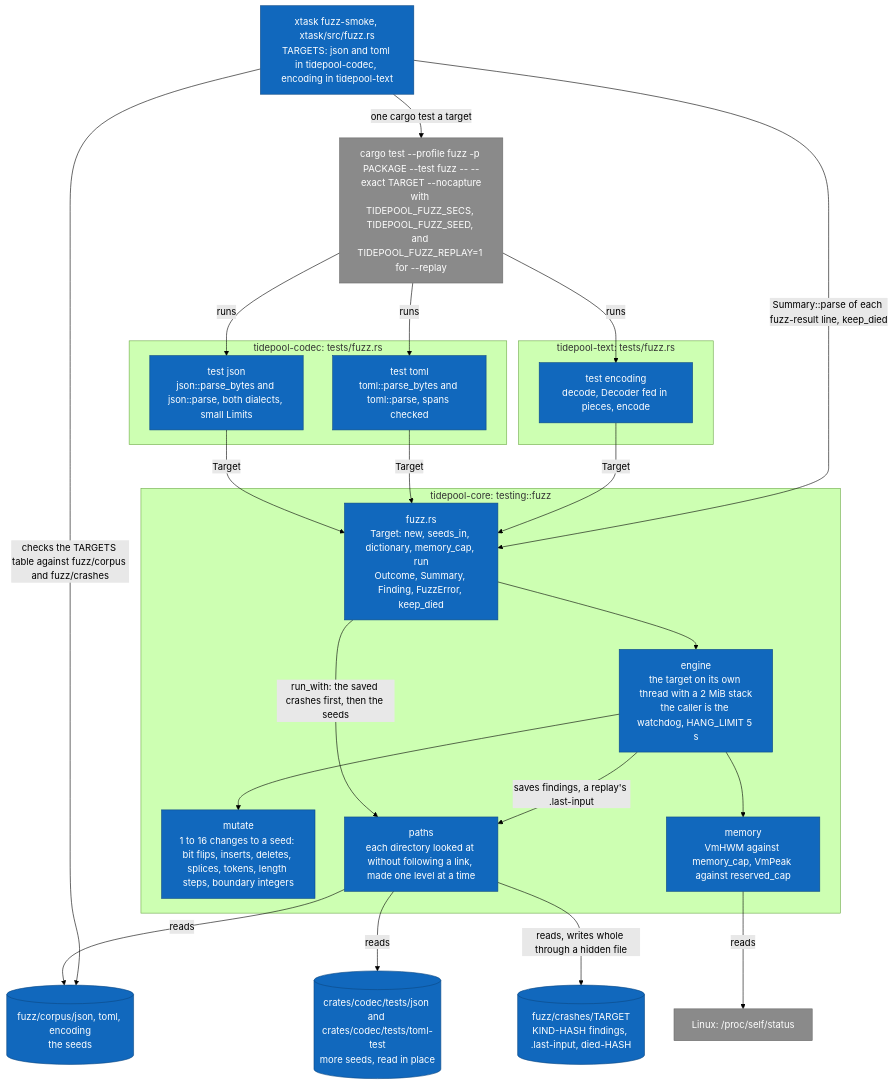
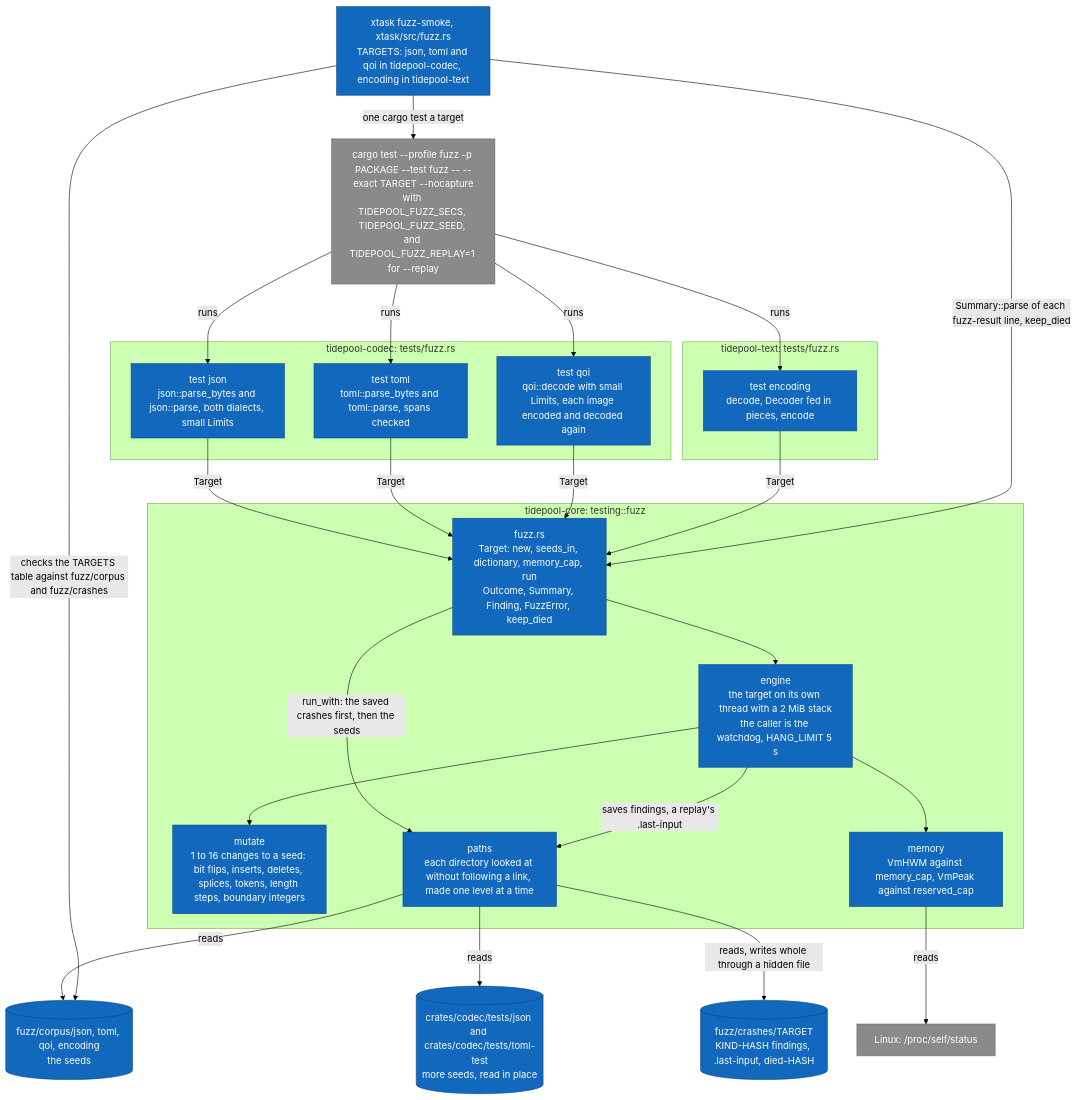
Before and after one commit to jabbott-iii/Tidepool: diagram 15 of 17 in diagrams/c4-architecture.md, drawn with Mermaid (forest theme). The commit also changed other lines of this file and 67 other files, not shown here.

First line of the commit message:
codec, gfx, xtask: QOI, the golden harness and gfx goldens (M2.4)

````diff
--- a/diagrams/c4-architecture.md
+++ b/diagrams/c4-architecture.md
@@ -778,49 +812,52 @@
 ```mermaid
 flowchart TB
-    c_smoke["xtask fuzz-smoke, xtask/src/fuzz.rs<br/>TARGETS: json and toml in tidepool-codec, encoding in tidepool-text"]
+    c_smoke["xtask fuzz-smoke, xtask/src/fuzz.rs<br/>TARGETS: json, toml and qoi in tidepool-codec, encoding in tidepool-text"]
     e_cargo["cargo test --profile fuzz -p PACKAGE --test fuzz -- --exact TARGET --nocapture<br/>with TIDEPOOL_FUZZ_SECS, TIDEPOOL_FUZZ_SEED, and TIDEPOOL_FUZZ_REPLAY=1 for --replay"]
     subgraph b_codec["tidepool-codec: tests/fuzz.rs"]
         t_json["test json<br/>json::parse_bytes and json::parse, both dialects, small Limits"]
         t_toml["test toml<br/>toml::parse_bytes and toml::parse, spans checked"]
+        t_qoi["test qoi<br/>qoi::decode with small Limits, each image encoded and decoded again"]
     end
     subgraph b_text["tidepool-text: tests/fuzz.rs"]
         t_enc["test encoding<br/>decode, Decoder fed in pieces, encode"]
     end
     subgraph b_fuzz["tidepool-core: testing::fuzz"]
         f_api["fuzz.rs<br/>Target: new, seeds_in, dictionary, memory_cap, run<br/>Outcome, Summary, Finding, FuzzError, keep_died"]
         f_engine["engine<br/>the target on its own thread with a 2 MiB stack<br/>the caller is the watchdog, HANG_LIMIT 5 s"]
         f_mutate["mutate<br/>1 to 16 changes to a seed: bit flips, inserts, deletes, splices, tokens, length steps, boundary integers"]
         f_memory["memory<br/>VmHWM against memory_cap, VmPeak against reserved_cap"]
         f_paths["paths<br/>each directory looked at without following a link, made one level at a time"]
     end
-    s_corpus[("fuzz/corpus/json, toml, encoding<br/>the seeds")]
+    s_corpus[("fuzz/corpus/json, toml, qoi, encoding<br/>the seeds")]
     s_inplace[("crates/codec/tests/json and crates/codec/tests/toml-test<br/>more seeds, read in place")]
     s_crashes[("fuzz/crashes/TARGET<br/>KIND-HASH findings, .last-input, died-HASH")]
     e_proc["Linux: /proc/self/status"]
 
     c_smoke -->|"one cargo test a target"| e_cargo
     e_cargo -->|"runs"| t_json
     e_cargo -->|"runs"| t_toml
+    e_cargo -->|"runs"| t_qoi
     e_cargo -->|"runs"| t_enc
     t_json -->|"Target"| f_api
     t_toml -->|"Target"| f_api
+    t_qoi -->|"Target"| f_api
     t_enc -->|"Target"| f_api
     f_api -->|"run_with: the saved crashes first, then the seeds"| f_paths
     f_api --> f_engine
     f_engine --> f_mutate
     f_engine --> f_memory
     f_engine -->|"saves findings, a replay's .last-input"| f_paths
     f_paths -->|"reads"| s_corpus
     f_paths -->|"reads"| s_inplace
     f_paths -->|"reads, writes whole through a hidden file"| s_crashes
     f_memory -->|"reads"| e_proc
     c_smoke -->|"Summary::parse of each fuzz-result line, keep_died"| f_api
     c_smoke -->|"checks the TARGETS table against fuzz/corpus and fuzz/crashes"| s_corpus
 
     classDef built fill:#1168bd,stroke:#0b4884,color:#ffffff
     classDef external fill:#8a8a8a,stroke:#6b6b6b,color:#ffffff
     classDef store fill:#1168bd,stroke:#0b4884,color:#ffffff
-    class c_smoke,t_json,t_toml,t_enc,f_api,f_engine,f_mutate,f_memory,f_paths built
+    class c_smoke,t_json,t_toml,t_qoi,t_enc,f_api,f_engine,f_mutate,f_memory,f_paths built
     class s_corpus,s_inplace,s_crashes store
     class e_cargo,e_proc external
 ```
````
